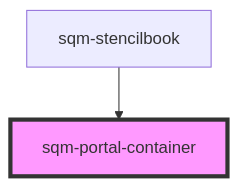
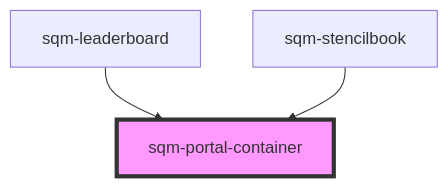
One commit to saasquatch/program-tools changed the diagram in packages/mint-components/src/components/sqm-portal-container/readme.md. Above: the diagram before and after it, drawn with Mermaid. The commit also changed other lines of this file and 18 other files, not shown here.

````diff
--- a/packages/mint-components/src/components/sqm-portal-container/readme.md
+++ b/packages/mint-components/src/components/sqm-portal-container/readme.md
@@ -27,5 +28,6 @@
 ```mermaid
 graph TD;
+  sqm-leaderboard --> sqm-portal-container
   sqm-stencilbook --> sqm-portal-container
   style sqm-portal-container fill:#f9f,stroke:#333,stroke-width:4px
 ```
````
